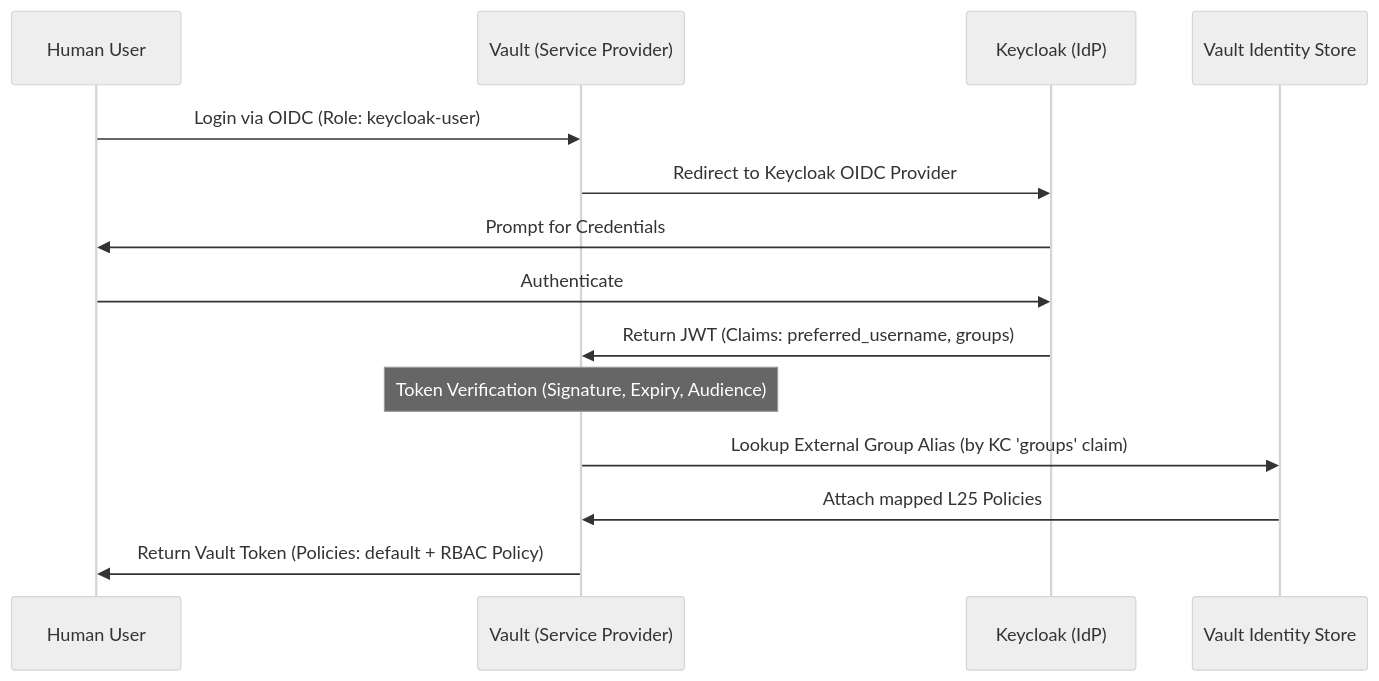
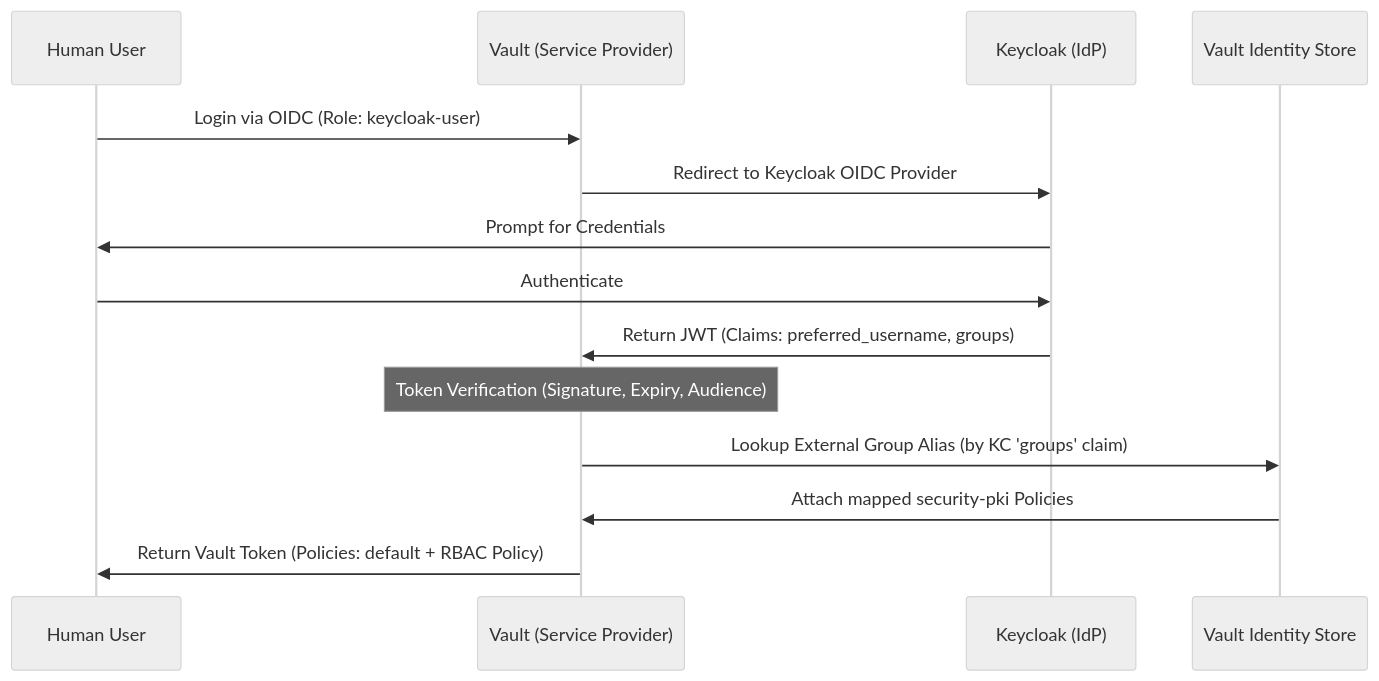
Before and after one commit to csning1998/on-premise-gitlab-deployment: the diagram in documentation/en/architecture/oidc_architecture.md, drawn with Mermaid (neutral theme). The commit also changed other lines of this file and 158 other files, not shown here.

````diff
--- a/documentation/en/architecture/oidc_architecture.md
+++ b/documentation/en/architecture/oidc_architecture.md
@@ -43,20 +43,20 @@
 ```mermaid
 sequenceDiagram
     participant User as Human User
     participant Vault as Vault (Service Provider)
     participant KC as Keycloak (IdP)
     participant Identity as Vault Identity Store
 
     User->>Vault: Login via OIDC (Role: keycloak-user)
     Vault->>KC: Redirect to Keycloak OIDC Provider
     KC->>User: Prompt for Credentials
     User->>KC: Authenticate
     KC->>Vault: Return JWT (Claims: preferred_username, groups)
 
     Note over Vault: Token Verification (Signature, Expiry, Audience)
 
     Vault->>Identity: Lookup External Group Alias (by KC 'groups' claim)
-    Identity->>Vault: Attach mapped L25 Policies
+    Identity->>Vault: Attach mapped security-pki Policies
 
     Vault->>User: Return Vault Token (Policies: default + RBAC Policy)
 ```
````
